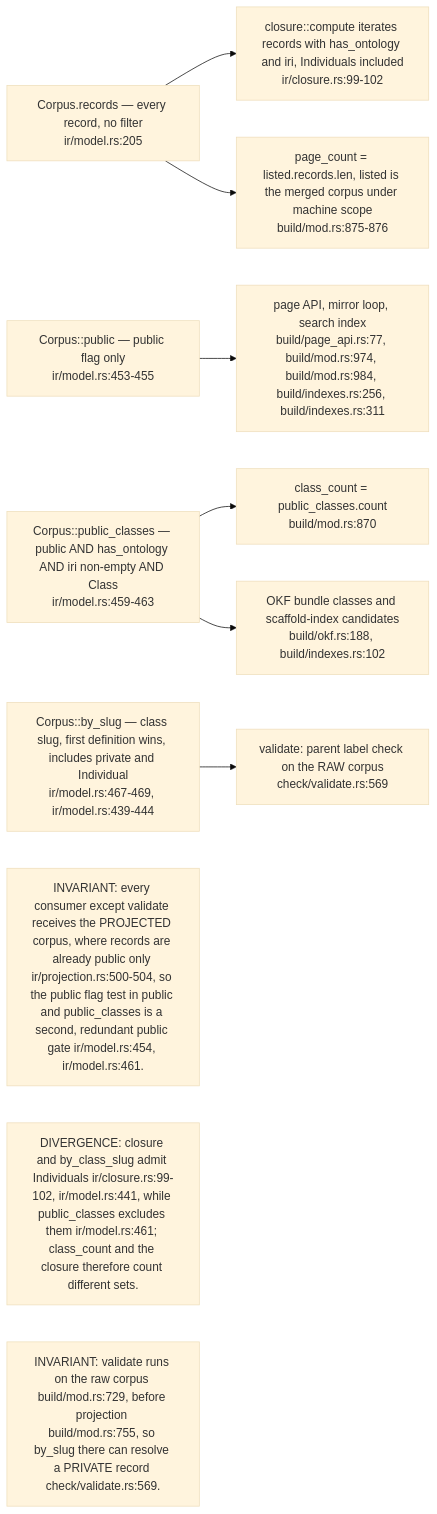
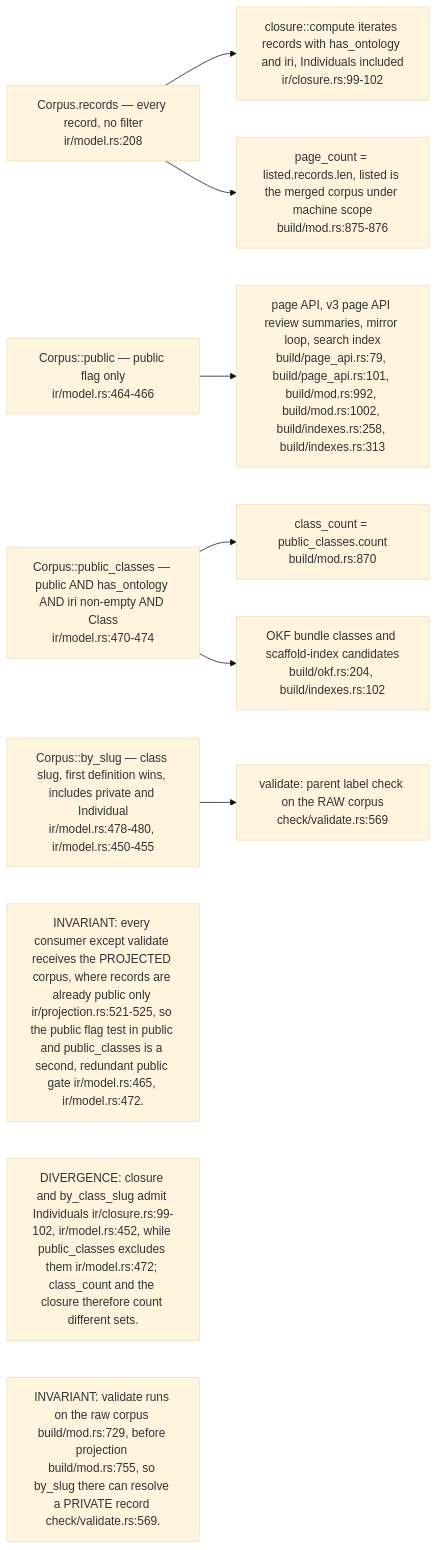
One commit to DreamLab-AI/VisionFlow changed the second of 6 diagrams in docs/diagrams/ontomark/02-ir-corpus-projection-and-redaction.md. Above: the diagram before and after it, drawn with Mermaid (base theme). The commit also changed other lines of this file and 70 other files, not shown here.

First line of the commit message:
docs(diagrams): re-verify 69 topics at current default-branch heads

````diff
--- a/docs/diagrams/ontomark/02-ir-corpus-projection-and-redaction.md
+++ b/docs/diagrams/ontomark/02-ir-corpus-projection-and-redaction.md
@@ -84,22 +91,22 @@
 ```mermaid
 flowchart LR
-    REC["Corpus.records — every record, no filter<br/>ir/model.rs:205"]
-    PUB["Corpus::public — public flag only<br/>ir/model.rs:453-455"]
-    PCL["Corpus::public_classes — public AND has_ontology AND iri non-empty AND Class<br/>ir/model.rs:459-463"]
-    BYS["Corpus::by_slug — class slug, first definition wins, includes private and Individual<br/>ir/model.rs:467-469, ir/model.rs:439-444"]
+    REC["Corpus.records — every record, no filter<br/>ir/model.rs:208"]
+    PUB["Corpus::public — public flag only<br/>ir/model.rs:464-466"]
+    PCL["Corpus::public_classes — public AND has_ontology AND iri non-empty AND Class<br/>ir/model.rs:470-474"]
+    BYS["Corpus::by_slug — class slug, first definition wins, includes private and Individual<br/>ir/model.rs:478-480, ir/model.rs:450-455"]
     C1["closure::compute iterates records with has_ontology and iri, Individuals included<br/>ir/closure.rs:99-102"]
     C2["page_count = listed.records.len, listed is the merged corpus under machine scope<br/>build/mod.rs:875-876"]
     C3["class_count = public_classes.count<br/>build/mod.rs:870"]
-    C4["OKF bundle classes and scaffold-index candidates<br/>build/okf.rs:188, build/indexes.rs:102"]
-    C5["page API, mirror loop, search index<br/>build/page_api.rs:77, build/mod.rs:974, build/mod.rs:984, build/indexes.rs:256, build/indexes.rs:311"]
+    C4["OKF bundle classes and scaffold-index candidates<br/>build/okf.rs:204, build/indexes.rs:102"]
+    C5["page API, v3 page API review summaries, mirror loop, search index<br/>build/page_api.rs:79, build/page_api.rs:101, build/mod.rs:992, build/mod.rs:1002, build/indexes.rs:258, build/indexes.rs:313"]
     C6["validate: parent label check on the RAW corpus<br/>check/validate.rs:569"]
     REC --> C1
     REC --> C2
     PCL --> C3
     PCL --> C4
     PUB --> C5
     BYS --> C6
-    n1["INVARIANT: every consumer except validate receives the PROJECTED corpus, where records are already public only ir/projection.rs:500-504, so the public flag test in public and public_classes is a second, redundant public gate ir/model.rs:454, ir/model.rs:461."]
-    n2["DIVERGENCE: closure and by_class_slug admit Individuals ir/closure.rs:99-102, ir/model.rs:441, while public_classes excludes them ir/model.rs:461; class_count and the closure therefore count different sets."]
+    n1["INVARIANT: every consumer except validate receives the PROJECTED corpus, where records are already public only ir/projection.rs:521-525, so the public flag test in public and public_classes is a second, redundant public gate ir/model.rs:465, ir/model.rs:472."]
+    n2["DIVERGENCE: closure and by_class_slug admit Individuals ir/closure.rs:99-102, ir/model.rs:452, while public_classes excludes them ir/model.rs:472; class_count and the closure therefore count different sets."]
     n3["INVARIANT: validate runs on the raw corpus build/mod.rs:729, before projection build/mod.rs:755, so by_slug there can resolve a PRIVATE record check/validate.rs:569."]
 ```
````
